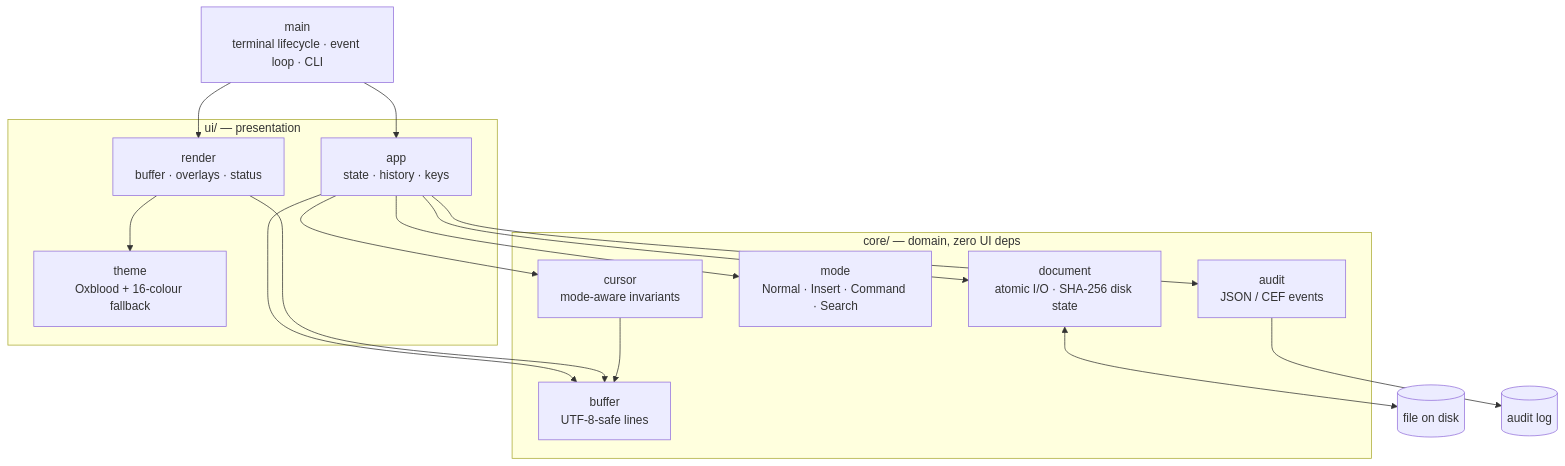
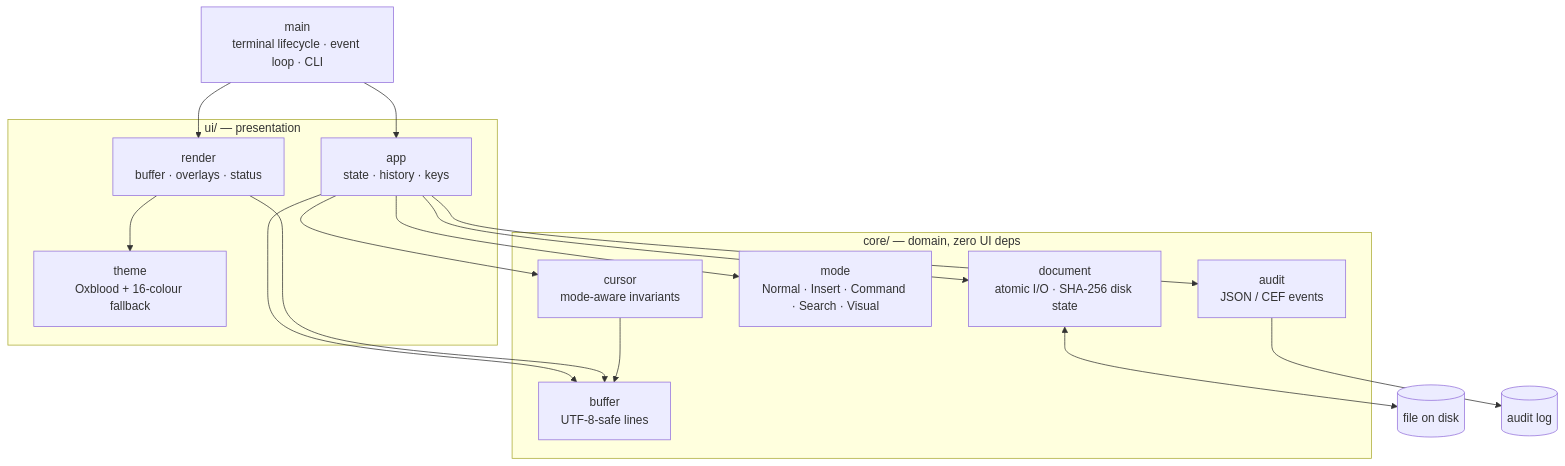
One commit to Zoel-Manchon/maat changed the second of 2 diagrams in README.md. Above: the diagram before and after it, drawn with Mermaid. The commit also changed other lines of this file and 6 other files, not shown here.

````diff
--- a/README.md
+++ b/README.md
@@ -194,27 +218,27 @@
 ```mermaid
 flowchart TB
     subgraph UI["ui/ — presentation"]
         APP[app<br/>state · history · keys]
         RENDER[render<br/>buffer · overlays · status]
         THEME[theme<br/>Oxblood + 16-colour fallback]
     end
     subgraph CORE["core/ — domain, zero UI deps"]
         BUFFER[buffer<br/>UTF-8-safe lines]
         CURSOR[cursor<br/>mode-aware invariants]
-        MODE[mode<br/>Normal · Insert · Command · Search]
+        MODE[mode<br/>Normal · Insert · Command · Search · Visual]
         DOCUMENT[document<br/>atomic I/O · SHA-256 disk state]
         AUDIT[audit<br/>JSON / CEF events]
     end
     MAIN[main<br/>terminal lifecycle · event loop · CLI]
     DISK[(file on disk)]
     LOG[(audit log)]
 
     MAIN --> APP
     MAIN --> RENDER
     APP --> BUFFER & CURSOR & MODE & DOCUMENT & AUDIT
     RENDER --> THEME
     RENDER --> BUFFER
     CURSOR --> BUFFER
     DOCUMENT <--> DISK
     AUDIT --> LOG
 ```
````
